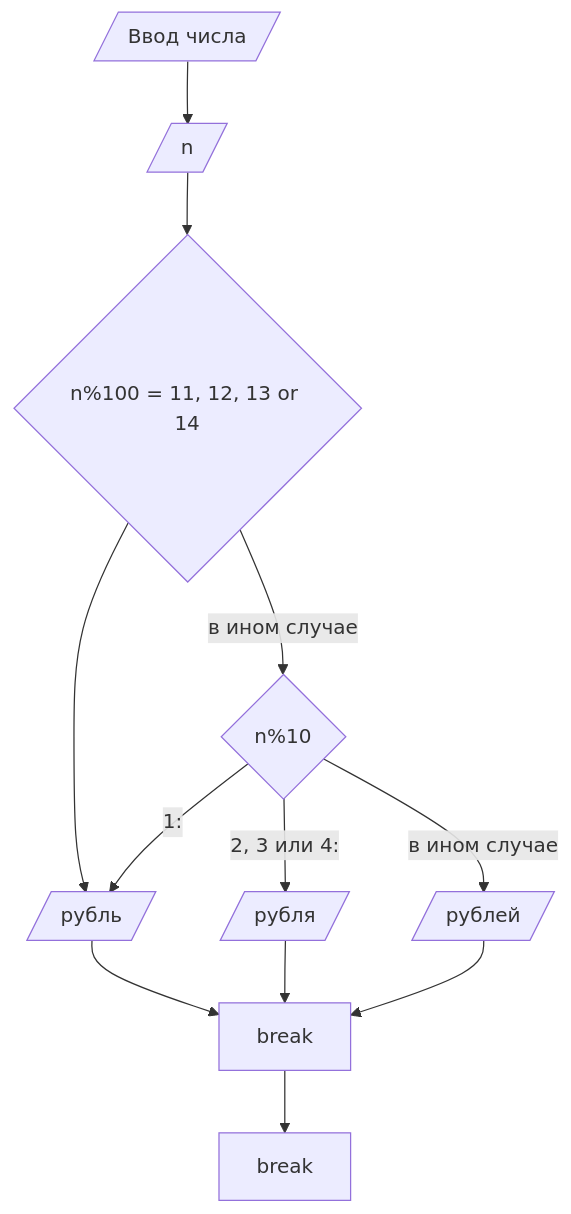
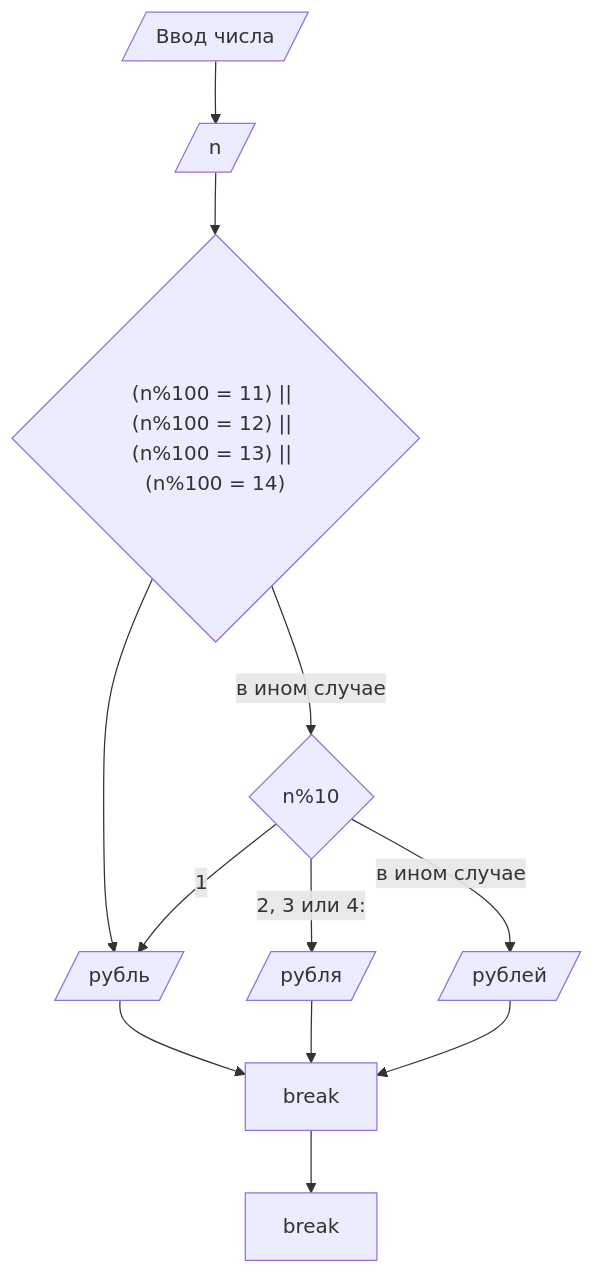
Before and after one commit to Lendic42/homework7: the diagram in README.md, drawn with Mermaid.

````diff
--- a/README.md
+++ b/README.md
@@ -9,17 +9,17 @@
 ```mermaid
 flowchart TD
     C[/"Ввод числа"/]
     C --> D[/"n"/]
-    D --> E{"n%100 = 11, 12, 13 or 14"}
+    D --> E{"(n%100 = 11) || (n%100 = 12) || (n%100 = 13) || (n%100 = 14)"}
     E -->H[/"рубль"/]
     E -->|"в ином случае"| G{"n%10"}
-    G -->|"1:"| H[/"рубль"/]
+    G -->|"1"| H[/"рубль"/]
     G -->|"2, 3 или 4:"| I[/"рубля"/]
     G -->|"в ином случае"| J[/"рублей"/]
     H --> K["break"]
     I --> K
     J --> K
     K --> L["break"]
 
 
 ```
````
